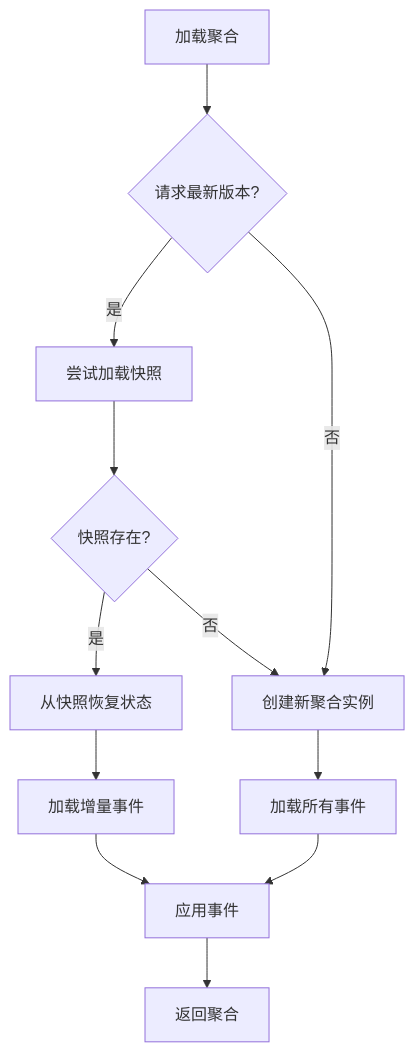
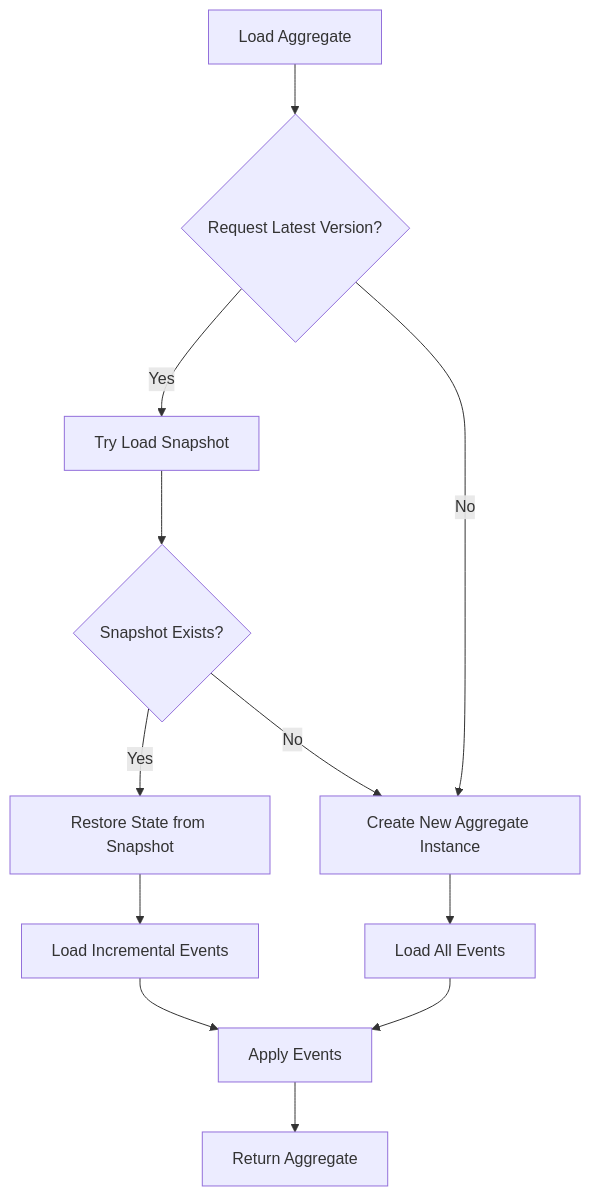
One commit to Ahoo-Wang/Wow changed the first of 4 diagrams in documentation/docs/zh/guide/eventstore.md. Above: the diagram before and after it, drawn with Mermaid. The commit also changed other lines of this file and 79 other files, not shown here.

First line of the commit message:
docs: restructure documentation into three-layer progressive architecture

````diff
--- a/documentation/docs/zh/guide/eventstore.md
+++ b/documentation/docs/zh/guide/eventstore.md
@@ -147,15 +73,14 @@
 ```mermaid
 flowchart TD
-    A[加载聚合] --> B{请求最新版本?}
-    B -->|是| C[尝试加载快照]
-    B -->|否| D[创建新聚合实例]
-    C --> E{快照存在?}
-    E -->|是| F[从快照恢复状态]
-    E -->|否| D
-    F --> G[加载增量事件]
-    D --> H[加载所有事件]
-    G --> I[应用事件]
+    A[Load Aggregate] --> B{Request Latest Version?}
+    B -->|Yes| C[Try Load Snapshot]
+    B -->|No| D[Create New Aggregate Instance]
+    C --> E{Snapshot Exists?}
+    E -->|Yes| F[Restore State from Snapshot]
+    E -->|No| D
+    F --> G[Load Incremental Events]
+    D --> H[Load All Events]
+    G --> I[Apply Events]
     H --> I
-    I --> J[返回聚合]
-
+    I --> J[Return Aggregate]
 ```
````
